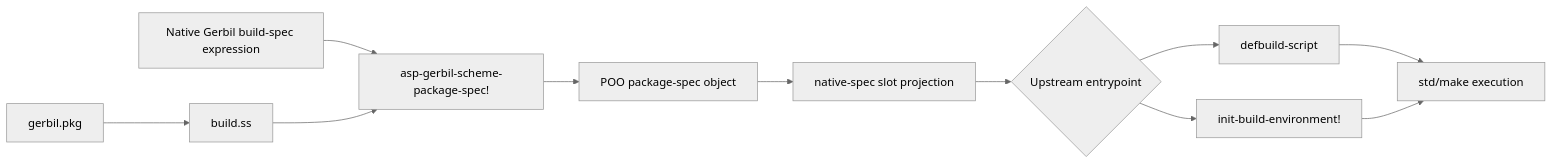
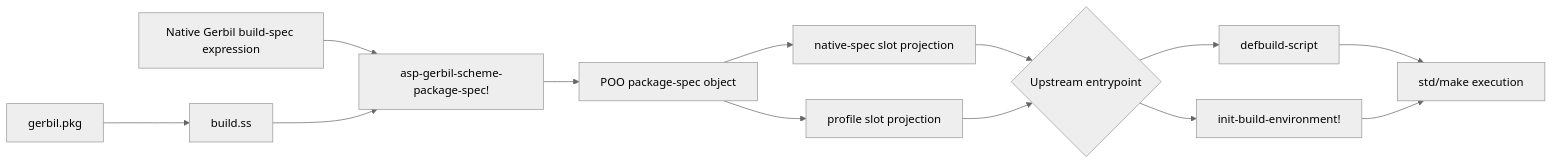
One commit to tao3k/asp-gerbil-scheme changed the second of 3 diagrams in docs/30-39-building/31.07-native-gerbil-declarative-boundary.org. Above: the diagram before and after it, drawn with Mermaid (neutral theme). The commit also changed other lines of this file and 10 other files, not shown here.

```diff
--- a/docs/30-39-building/31.07-native-gerbil-declarative-boundary.org
+++ b/docs/30-39-building/31.07-native-gerbil-declarative-boundary.org
@@ -63,13 +67,15 @@
 #+begin_src mermaid
 flowchart LR
     Package[gerbil.pkg] --> Build[build.ss]
     Native[Native Gerbil build-spec expression] --> Macro[asp-gerbil-scheme-package-spec!]
     Macro --> Spec[POO package-spec object]
     Build --> Macro
     Spec --> Projection[native-spec slot projection]
+    Spec --> Profile[profile slot projection]
     Projection --> Upstream{Upstream entrypoint}
+    Profile --> Upstream
     Upstream --> DefBuild[defbuild-script]
     Upstream --> InitBuild[init-build-environment!]
     DefBuild --> StdMake[std/make execution]
     InitBuild --> StdMake
 #+end_src
```
